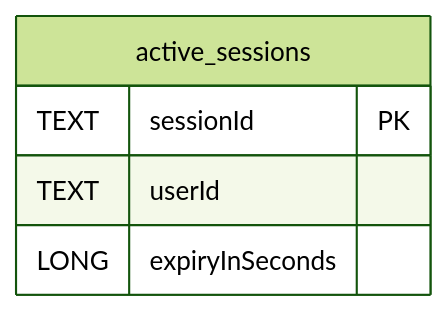
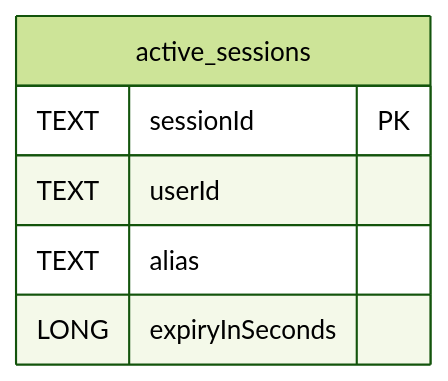
Before and after one commit to LKBotond/VoxPopuli: the second of 5 diagrams in Architecture.md, drawn with Mermaid (forest theme). The commit also changed other lines of this file and 9 other files, not shown here.

Commit message:
updated readme.md to be more coherent. updated Architecture.md to be in line with the logic flow

````diff
--- a/Architecture.md
+++ b/Architecture.md
@@ -26,8 +27,9 @@
 ```mermaid
 erDiagram
      active_sessions{
         TEXT sessionId PK
         TEXT userId
+        TEXT alias
         LONG expiryInSeconds
     }
 ```
````
